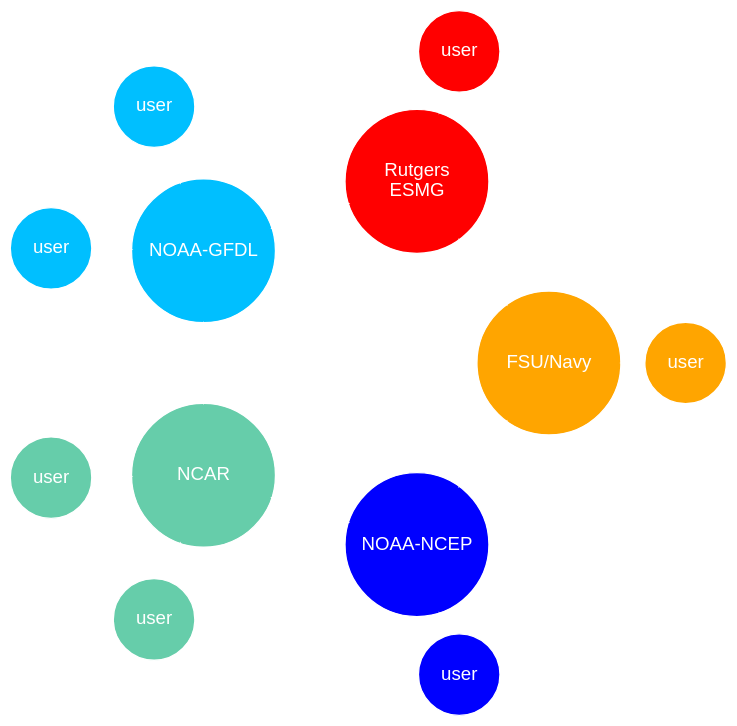
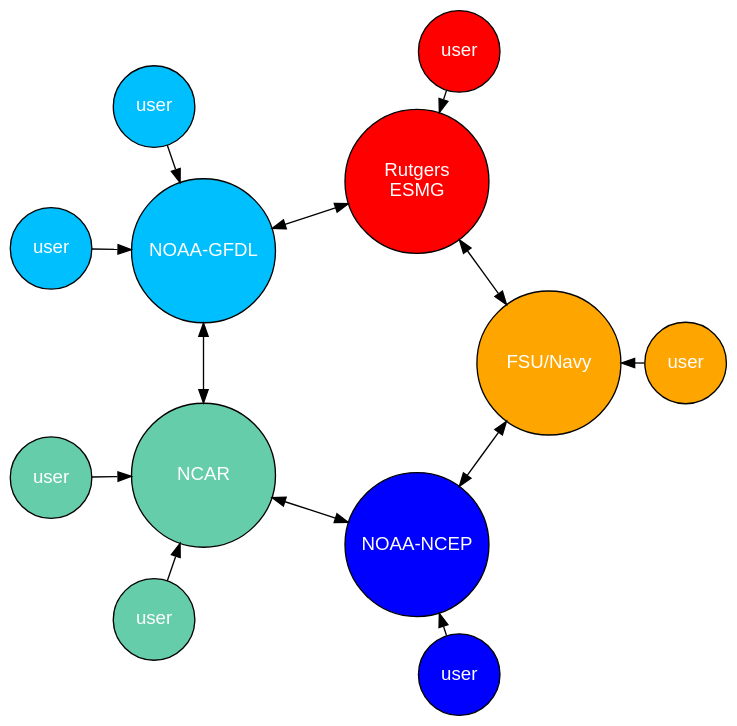
One commit to marshallward/mom6vv changed the diagram in dot/gitrepos.dot. Above: the diagram before and after it, drawn with Graphviz. The commit also changed 3 other files, not shown here.

```diff
--- a/dot/gitrepos.dot
+++ b/dot/gitrepos.dot
@@ -1,64 +1,60 @@
 digraph GitRepos {
     node [
         shape = circle,
-        color = white,
         style = filled,
         fontcolor = white
         fontname = helvetica
-    ]
-    edge [
-        color = white,
     ]
 
     ncep [
         label = "NOAA-NCEP",
         fillcolor = "blue",
         width = 1.5,
     ]
     ncar [
         label = "NCAR",
         fillcolor = "mediumaquamarine",
         width = 1.5,
     ]
     gfdl [
         label = "NOAA-GFDL",
         fillcolor = "deepskyblue",
         width = 1.5,
     ]
     esmg [
         label = "Rutgers\nESMG",
         fillcolor = "red",
         width = 1.5,
     ]
     fsu [
         label = "FSU/Navy",
         fillcolor = "orange",
         width = 1.5,
     ]
 
     u_ncep [label = "user", fillcolor = "blue"]
     u1_ncar [label = "user", fillcolor = "mediumaquamarine"]
     u2_ncar [label = "user", fillcolor = "mediumaquamarine"]
     u1_gfdl [label = "user", fillcolor = "deepskyblue"]
     u2_gfdl [label = "user", fillcolor = "deepskyblue"]
     u_esmg [label = "user", fillcolor = "red"]
     u_fsu [label = "user", fillcolor = "orange"]
 
     layout = "circo"
     concentrate = true
     bgcolor = transparent
 
     ncep -> ncar [dir = both]
     ncar -> gfdl [dir = both]
     gfdl -> esmg [dir = both]
     esmg -> fsu [dir = both]
     fsu -> ncep [dir = both]
 
     u_ncep -> ncep
     u1_ncar -> ncar
     u2_ncar -> ncar
     u1_gfdl -> gfdl
     u2_gfdl -> gfdl
     u_esmg -> esmg
     u_fsu -> fsu
 }
```
